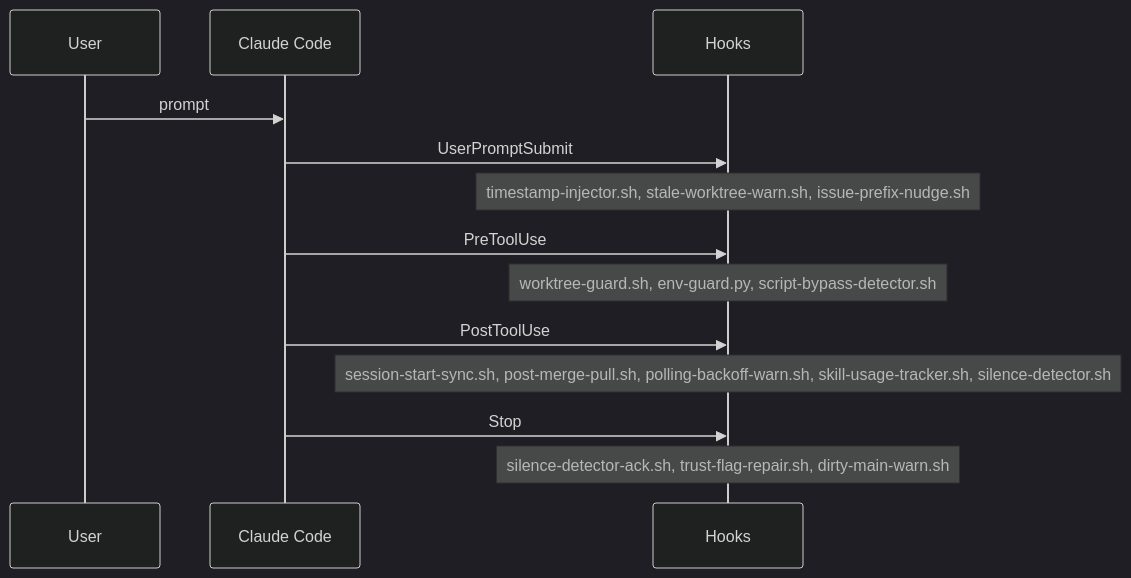
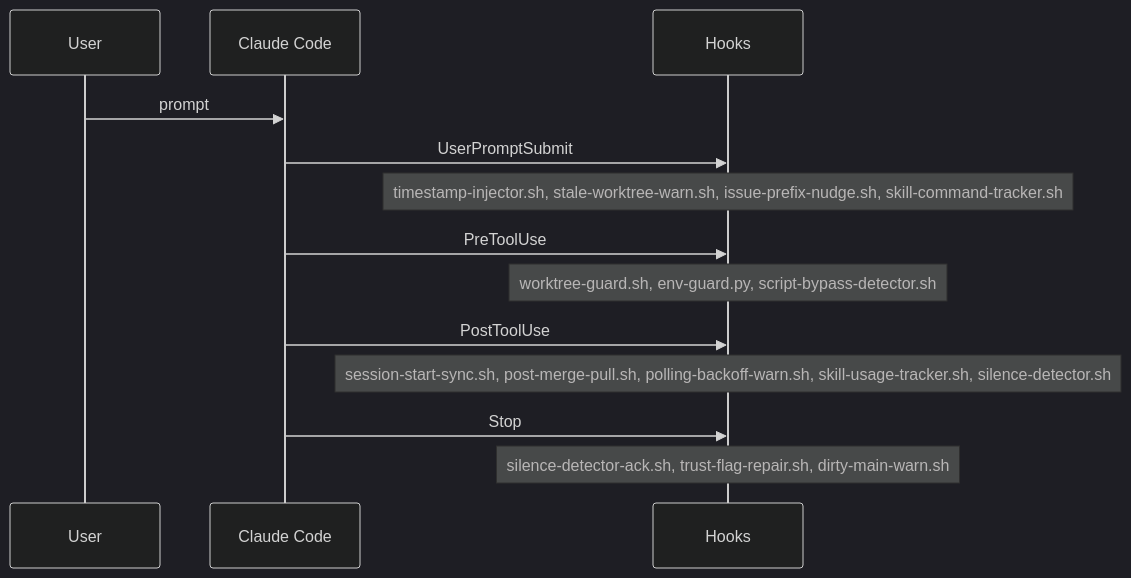
One commit to auerbachb/claude-code-config changed the diagram in .claude/reference/diagrams/hook-lifecycle.md. Above: the diagram before and after it, drawn with Mermaid (dark theme). The commit also changed other lines of this file and 8 other files, not shown here.

````diff
--- a/.claude/reference/diagrams/hook-lifecycle.md
+++ b/.claude/reference/diagrams/hook-lifecycle.md
@@ -5,15 +5,15 @@
 ```mermaid
 sequenceDiagram
   participant U as User
   participant CC as Claude Code
   participant H as Hooks
   U->>CC: prompt
   CC->>H: UserPromptSubmit
-  Note over H: timestamp-injector.sh, stale-worktree-warn.sh, issue-prefix-nudge.sh
+  Note over H: timestamp-injector.sh, stale-worktree-warn.sh, issue-prefix-nudge.sh, skill-command-tracker.sh
   CC->>H: PreToolUse
   Note over H: worktree-guard.sh, env-guard.py, script-bypass-detector.sh
   CC->>H: PostToolUse
   Note over H: session-start-sync.sh, post-merge-pull.sh, polling-backoff-warn.sh, skill-usage-tracker.sh, silence-detector.sh
   CC->>H: Stop
   Note over H: silence-detector-ack.sh, trust-flag-repair.sh, dirty-main-warn.sh
 ```
````
